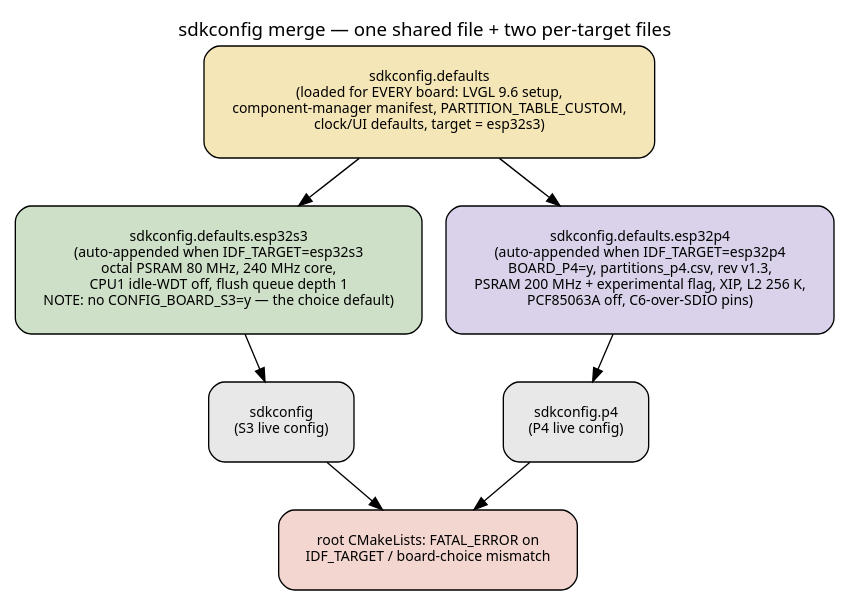
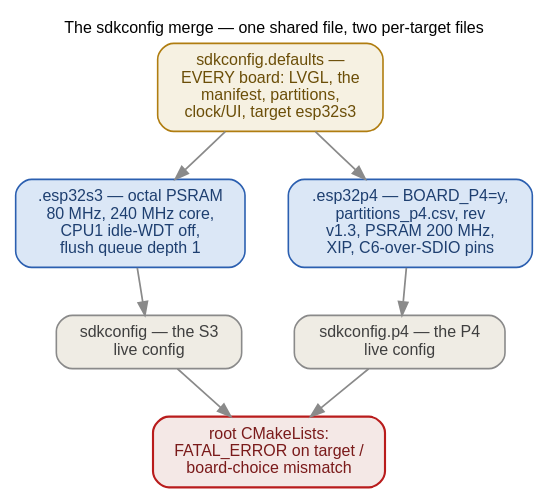
The diagram in docs/_graphs/sdkconfig-merge.dot (ukos-git/moon-clock-esp), drawn with Graphviz before and after one commit. The commit also changed 21 other files, not shown here.

First line of the commit message:
docs: sibling B11/B12 completion snapshot — verification trio + device/build split

```diff
--- a/docs/_graphs/sdkconfig-merge.dot
+++ b/docs/_graphs/sdkconfig-merge.dot
@@ -1,26 +1,55 @@
-// The three-file sdkconfig merge order (ESP-IDF kconfgen: later file wins)
+// The three-file sdkconfig.defaults split (ESP-IDF kconfgen: the
+// per-target file is auto-appended when it exists, LATER FILE WINS),
+// verified against the tracked files before drawing:
+//   sdkconfig.defaults is loaded for EVERY board: the LVGL 9.6
+//   setup, the component-manager manifest, PARTITION_TABLE_CUSTOM,
+//   the clock/UI defaults, target = esp32s3.
+//   sdkconfig.defaults.esp32s3 (IDF_TARGET=esp32s3): octal PSRAM
+//   80 MHz, 240 MHz core, CPU1 idle-WDT off, flush queue depth 1.
+//   NOTE: it carries no CONFIG_BOARD_S3=y — the choice default owns
+//   the board.
+//   sdkconfig.defaults.esp32p4 (IDF_TARGET=esp32p4): BOARD_P4=y,
+//   partitions_p4.csv, rev v1.3, PSRAM 200 MHz + the experimental
+//   flag, XIP, L2 cache 256 K, PCF85063A off, the C6-over-SDIO pins.
+// The live files (gitignored) are the S3's sdkconfig and the P4's
+// sdkconfig.p4 — a hand-edited live pin BEATS a Kconfig default
+// (first-match-wins defaults; a CONFIG_…=… line in the live file
+// wins over every default line), so a changed default needs the
+// stale pin deleted. The root CMakeLists' board/target guard
+// FATAL_ERRORs when IDF_TARGET and the BOARD choice disagree.
+// The build sequence around this is build-flash.dot; the seam the P4
+// pins configure is p4-port-seams.dot.
+// FONTS: 12 pt = the page's 16 px body text at 1:1 — kept inside the
+// content column.
 // Rendered inline as SVG by sphinx.ext.graphviz (dot on PATH).
 digraph sdkconfig_merge {
     rankdir=TB;
-    label="sdkconfig merge — one shared file + two per-target files";
-    labelloc=t;
-    fontsize=14;
-    fontname=sans;
-    node [fontname=sans, shape=box, style="rounded,filled", margin=0.25, fontsize=10.5];
-    edge [fontname=sans, fontsize=10];
+    label="The sdkconfig merge — one shared file, two per-target files";
+    labelloc="t"; labeljust="c";
+    fontname="Helvetica"; fontsize=12;
+    graph [nodesep=0.45, ranksep=0.5];
+    node [fontname="Helvetica", fontsize=12, shape=box, style="rounded,filled",
+          width=0, height=0, margin="0.16,0.10", fillcolor="#f2f2ef",
+          color="#525252", penwidth=1.2];
+    edge [fontname="Helvetica", fontsize=12, color="#8a8a8a", penwidth=1.3];
 
-    shared [label="sdkconfig.defaults\n(loaded for EVERY board: LVGL 9.6 setup,\ncomponent-manager manifest, PARTITION_TABLE_CUSTOM,\nclock/UI defaults, target = esp32s3)",
-           fillcolor="#f5e6b8"];
-    s3file [label="sdkconfig.defaults.esp32s3\n(auto-appended when IDF_TARGET=esp32s3\noctal PSRAM 80 MHz, 240 MHz core,\nCPU1 idle-WDT off, flush queue depth 1\nNOTE: no CONFIG_BOARD_S3=y — the choice default)",
-            fillcolor="#cfe0c8"];
-    p4file [label="sdkconfig.defaults.esp32p4\n(auto-appended when IDF_TARGET=esp32p4\nBOARD_P4=y, partitions_p4.csv, rev v1.3,\nPSRAM 200 MHz + experimental flag, XIP, L2 256 K,\nPCF85063A off, C6-over-SDIO pins)",
-            fillcolor="#d9d2ea"];
-    s3live [label="sdkconfig\n(S3 live config)", fillcolor="#e8e8e8"];
-    p4live [label="sdkconfig.p4\n(P4 live config)", fillcolor="#e8e8e8"];
-    guard  [label="root CMakeLists: FATAL_ERROR on\nIDF_TARGET / board-choice mismatch", fillcolor="#f3d6d0"];
+    shared [label="sdkconfig.defaults —\nEVERY board: LVGL, the\nmanifest, partitions,\nclock/UI, target esp32s3",
+            fillcolor="#f6f1e2", color="#b07d10", fontcolor="#6b4e08"];
+    s3file [label=".esp32s3 — octal PSRAM\n80 MHz, 240 MHz core,\nCPU1 idle-WDT off,\nflush queue depth 1",
+            fillcolor="#dbe7f6", color="#2b5fb0", fontcolor="#1e3f70"];
+    p4file [label=".esp32p4 — BOARD_P4=y,\npartitions_p4.csv, rev\nv1.3, PSRAM 200 MHz,\nXIP, C6-over-SDIO pins",
+            fillcolor="#dbe7f6", color="#2b5fb0", fontcolor="#1e3f70"];
+    s3live [label="sdkconfig — the S3\nlive config",
+            fillcolor="#efece4", color="#8a8a8a", fontcolor="#3f3f3f"];
+    p4live [label="sdkconfig.p4 — the P4\nlive config",
+            fillcolor="#efece4", color="#8a8a8a", fontcolor="#3f3f3f"];
+    guard [label="root CMakeLists:\nFATAL_ERROR on target /\nboard-choice mismatch",
+           fillcolor="#f4e8e6", color="#b91c1c", fontcolor="#7a1a1a", penwidth=1.6];
 
-    shared -> s3file -> s3live;
-    shared -> p4file -> p4live;
+    shared -> s3file;
+    s3file -> s3live;
+    shared -> p4file;
+    p4file -> p4live;
     s3live -> guard;
     p4live -> guard;
 }
```
